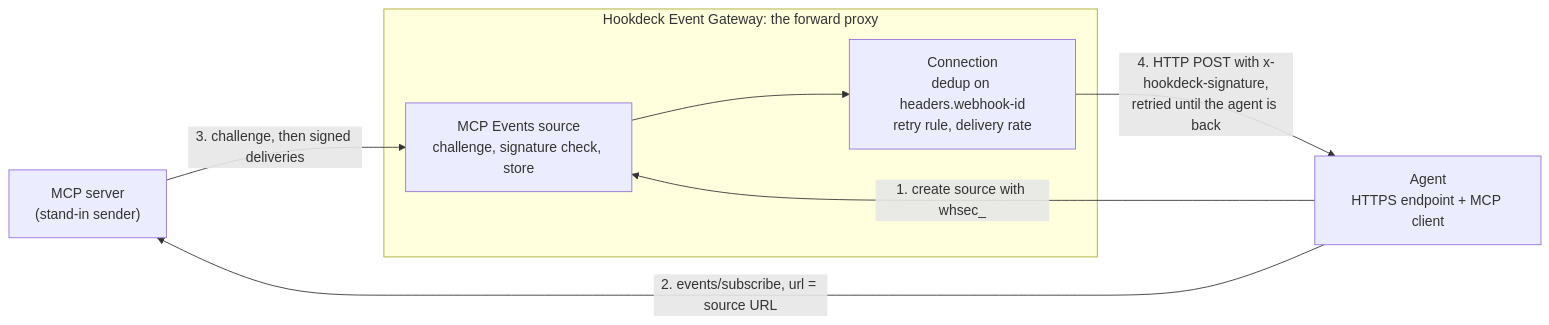
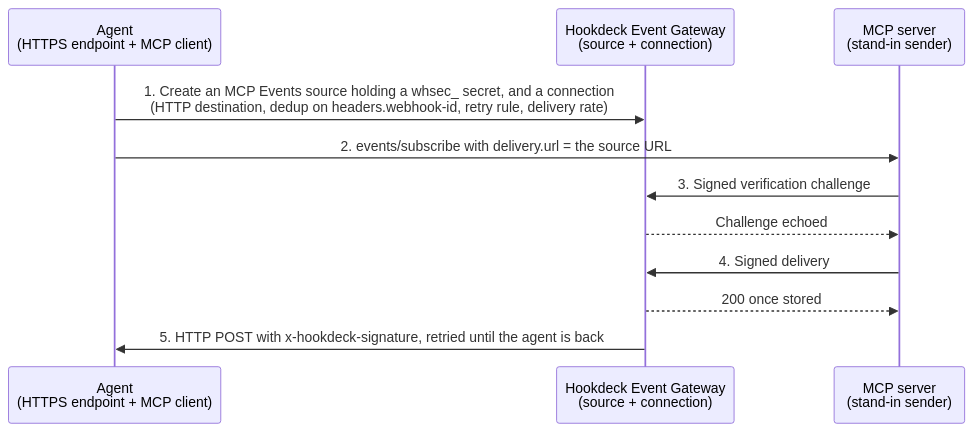
Before and after one commit to hookdeck/hookdeck-demos: the third of 3 diagrams in hookdeck/mcp-events-receive/docs/PLAN.md, drawn with Mermaid. The commit also changed other lines of this file and 1 other file, not shown here.

Commit message:
docs(mcp-events-receive): draw the forward proxy between the agent and the server
The flowcharts ranked the MCP server between the agent and Event Gateway,
because the agent has edges to both. Sequence diagrams keep the declared
order (agent, proxy, server) and show the steps in time order. The README
steps now separate answering the challenge from storing and verifying
events, and say Event Gateway answers 200 once stored and verifies after.

````diff
--- a/hookdeck/mcp-events-receive/docs/PLAN.md
+++ b/hookdeck/mcp-events-receive/docs/PLAN.md
@@ -277,14 +280,13 @@
 ```mermaid
-flowchart LR
-    SRV["MCP server<br>(stand-in sender)"]
-    subgraph EG["Hookdeck Event Gateway: the forward proxy"]
-        SRC["MCP Events source<br>challenge, signature check, store"]
-        CON["Connection<br>dedup on headers.webhook-id<br>retry rule, delivery rate"]
-        SRC --> CON
-    end
-    AG["Agent<br>HTTPS endpoint + MCP client"]
-    AG -- "1. create source with whsec_" --> SRC
-    AG -- "2. events/subscribe, url = source URL" --> SRV
-    SRV -- "3. challenge, then signed deliveries" --> SRC
-    CON -- "4. HTTP POST with x-hookdeck-signature,<br>retried until the agent is back" --> AG
+sequenceDiagram
+    participant AG as Agent<br>(HTTPS endpoint + MCP client)
+    participant EG as Hookdeck Event Gateway<br>(source + connection)
+    participant SRV as MCP server<br>(stand-in sender)
+    AG->>EG: 1. Create an MCP Events source holding a whsec_ secret, and a connection<br>(HTTP destination, dedup on headers.webhook-id, retry rule, delivery rate)
+    AG->>SRV: 2. events/subscribe with delivery.url = the source URL
+    SRV->>EG: 3. Signed verification challenge
+    EG-->>SRV: Challenge echoed
+    SRV->>EG: 4. Signed delivery
+    EG-->>SRV: 200 once stored
+    EG->>AG: 5. HTTP POST with x-hookdeck-signature, retried until the agent is back
 ```
````
